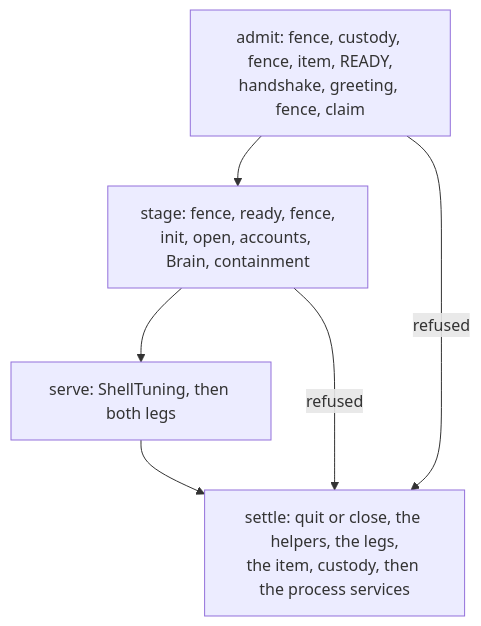
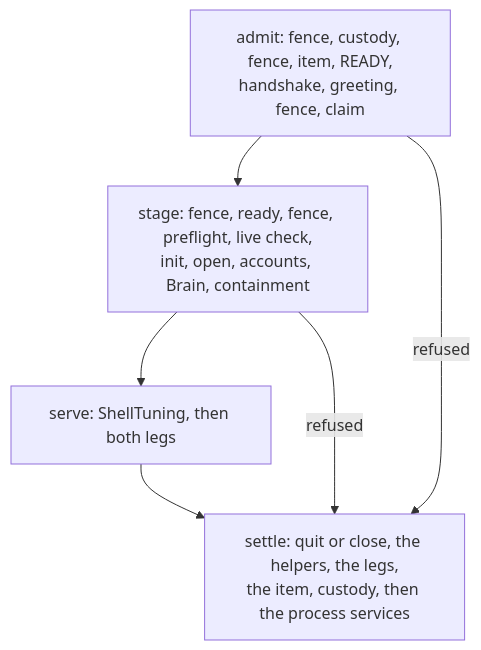
One commit to labcoder/capsula changed the third of 9 diagrams in docs/development/architecture.md. Above: the diagram before and after it, drawn with Mermaid. The commit also changed other lines of this file and 27 other files, not shown here.

````diff
--- a/docs/development/architecture.md
+++ b/docs/development/architecture.md
@@ -178,10 +190,10 @@
 ```mermaid
 flowchart TD
   admit["admit: fence, custody, fence, item, READY,<br/>handshake, greeting, fence, claim"]
-  stage["stage: fence, ready, fence,<br/>init, open, accounts, Brain, containment"]
+  stage["stage: fence, ready, fence, preflight, live check,<br/>init, open, accounts, Brain, containment"]
   serve["serve: ShellTuning, then both legs"]
   settle["settle: quit or close, the helpers, the legs,<br/>the item, custody, then the process services"]
   admit --> stage --> serve --> settle
   admit -- refused --> settle
   stage -- refused --> settle
 ```
````
